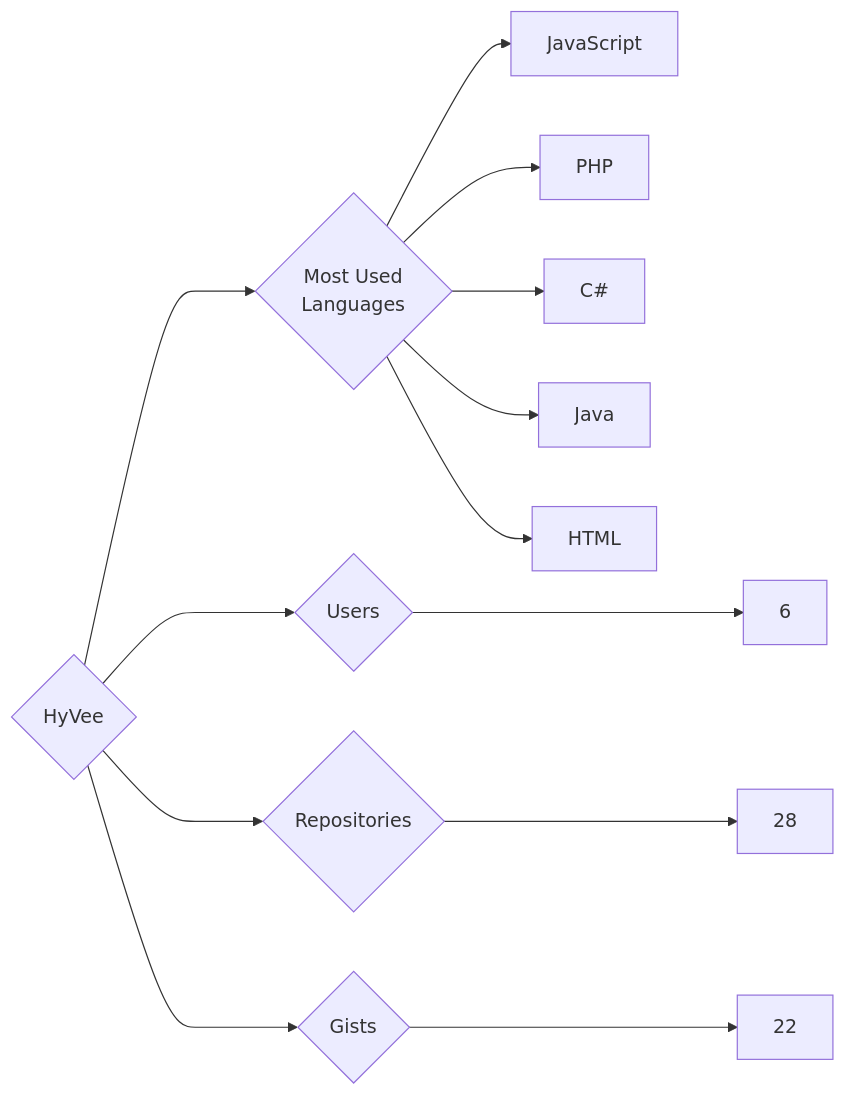
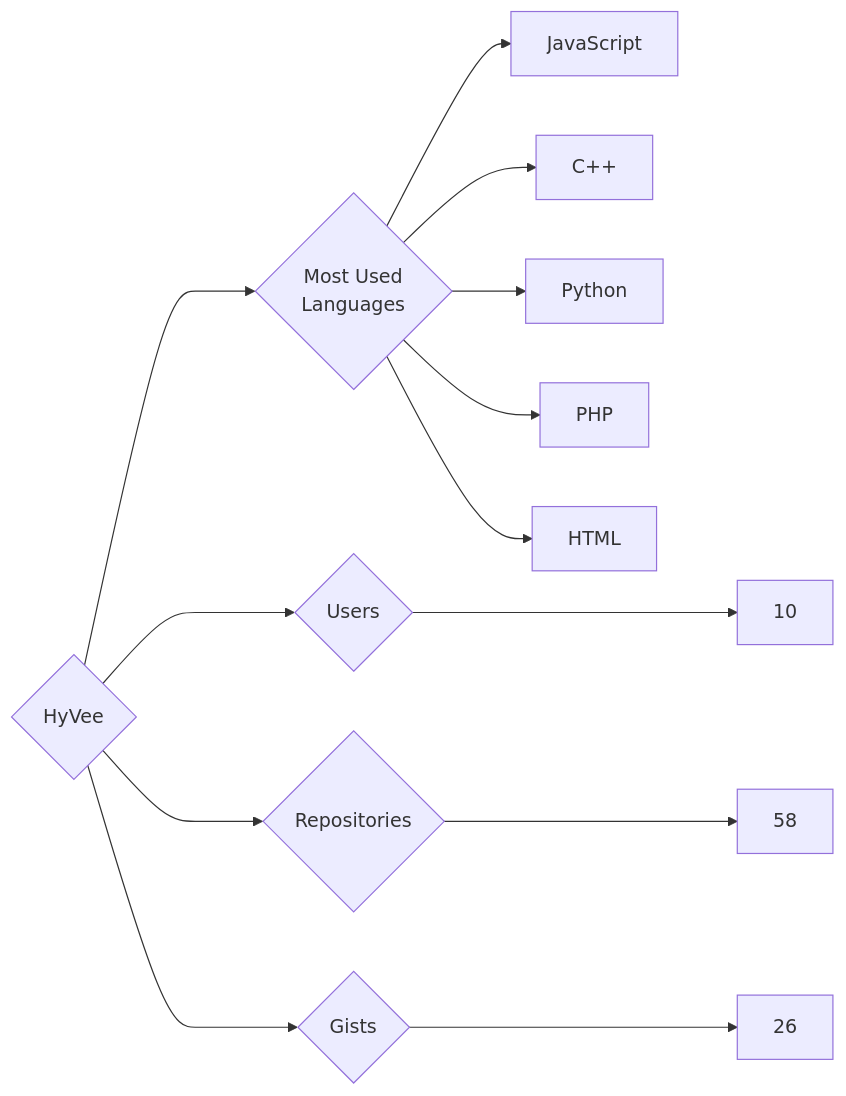
The diagram in targets/HyVee/README.md (trickest/insiders), drawn with Mermaid before and after one commit. The commit also changed 777 other files, not shown here.

````diff
--- a/targets/HyVee/README.md
+++ b/targets/HyVee/README.md
@@ -3,13 +3,13 @@
 ```mermaid
 graph LR
 COMPANY_NAME{HyVee}
-COMPANY_NAME ---> U{Users} ---> UN[6]
-COMPANY_NAME ---> R{Repositories} ---> RN[28]
-COMPANY_NAME ---> G{Gists} ---> GN[22]
+COMPANY_NAME ---> U{Users} ---> UN[10]
+COMPANY_NAME ---> R{Repositories} ---> RN[58]
+COMPANY_NAME ---> G{Gists} ---> GN[26]
 COMPANY_NAME ---> ML{Most Used<br>Languages}
 ML --> JavaScript[JavaScript]
+ML --> C++[C++]
+ML --> Python[Python]
 ML --> PHP[PHP]
-ML --> C#[C#]
-ML --> Java[Java]
 ML --> HTML[HTML]
 ```
````
